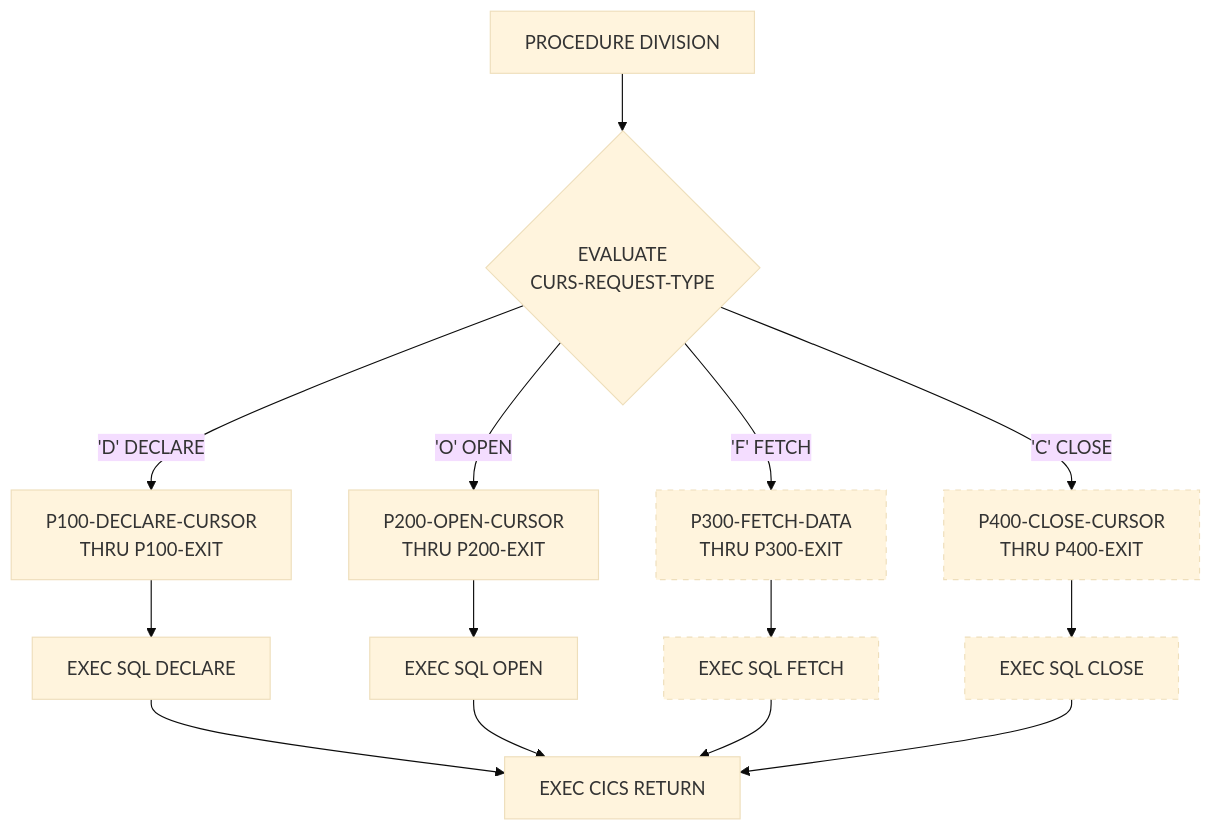
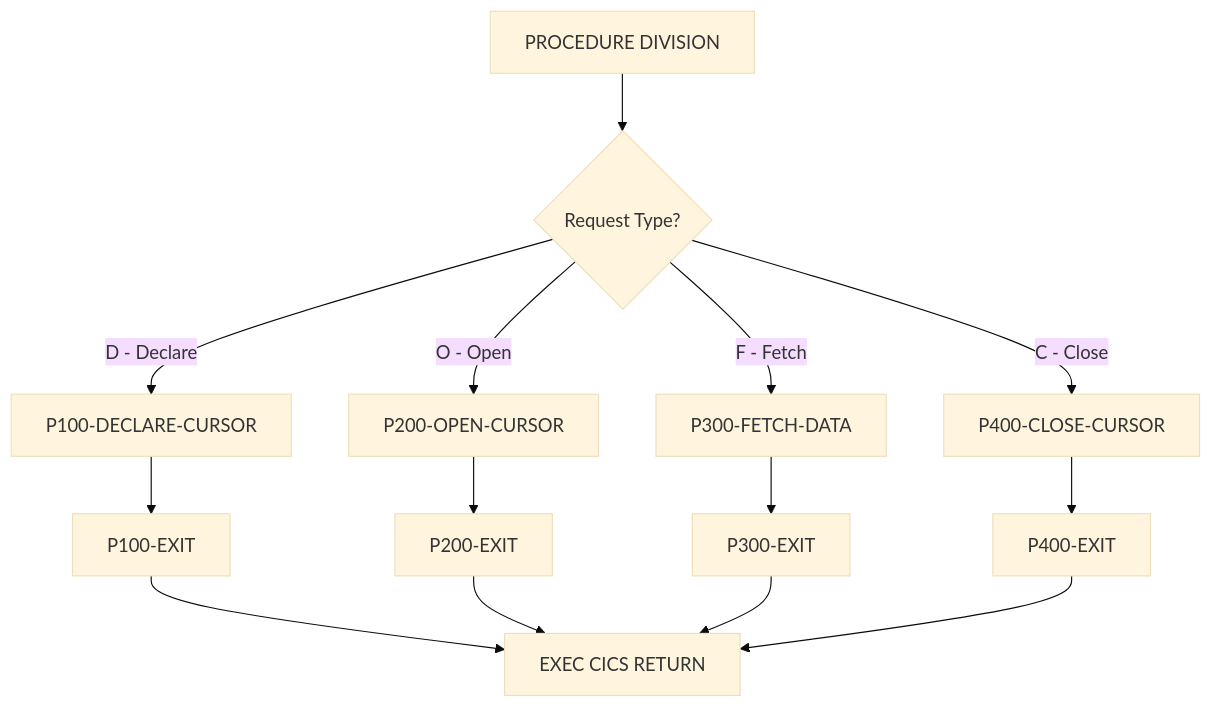
One commit to haladir-com/legacy-benchmark-docs-vb70e1 changed the diagram in docs/programs/CURSMGR.mdx. Above: the diagram before and after it, drawn with Mermaid (base theme). The commit also changed other lines of this file and 63 other files, not shown here.

````diff
--- a/docs/programs/CURSMGR.mdx
+++ b/docs/programs/CURSMGR.mdx
@@ -28,24 +19,18 @@
 ```mermaid
 graph TD
-    A["PROCEDURE DIVISION"] --> B{"EVALUATE<br/>CURS-REQUEST-TYPE"}
+    A[PROCEDURE DIVISION] --> B{Request Type?}
+    B -->|D - Declare| C[P100-DECLARE-CURSOR]
+    B -->|O - Open| D[P200-OPEN-CURSOR]
+    B -->|F - Fetch| E[P300-FETCH-DATA]
+    B -->|C - Close| F[P400-CLOSE-CURSOR]
     
-    B -->|"'D' DECLARE"| C["P100-DECLARE-CURSOR<br/>THRU P100-EXIT"]
-    B -->|"'O' OPEN"| D["P200-OPEN-CURSOR<br/>THRU P200-EXIT"]
-    B -->|"'F' FETCH"| E["P300-FETCH-DATA<br/>THRU P300-EXIT"]
-    B -->|"'C' CLOSE"| F["P400-CLOSE-CURSOR<br/>THRU P400-EXIT"]
+    C --> C1[P100-EXIT]
+    D --> D1[P200-EXIT]
+    E --> E1[P300-EXIT]
+    F --> F1[P400-EXIT]
     
-    C --> G["EXEC SQL DECLARE"]
-    D --> H["EXEC SQL OPEN"]
-    E --> I["EXEC SQL FETCH"]
-    F --> J["EXEC SQL CLOSE"]
-    
-    G --> K["EXEC CICS RETURN"]
-    H --> K
-    I --> K
-    J --> K
-    
-    style E stroke-dasharray: 5 5
-    style F stroke-dasharray: 5 5
-    style I stroke-dasharray: 5 5
-    style J stroke-dasharray: 5 5
+    C1 --> G[EXEC CICS RETURN]
+    D1 --> G
+    E1 --> G
+    F1 --> G
 ```
````
